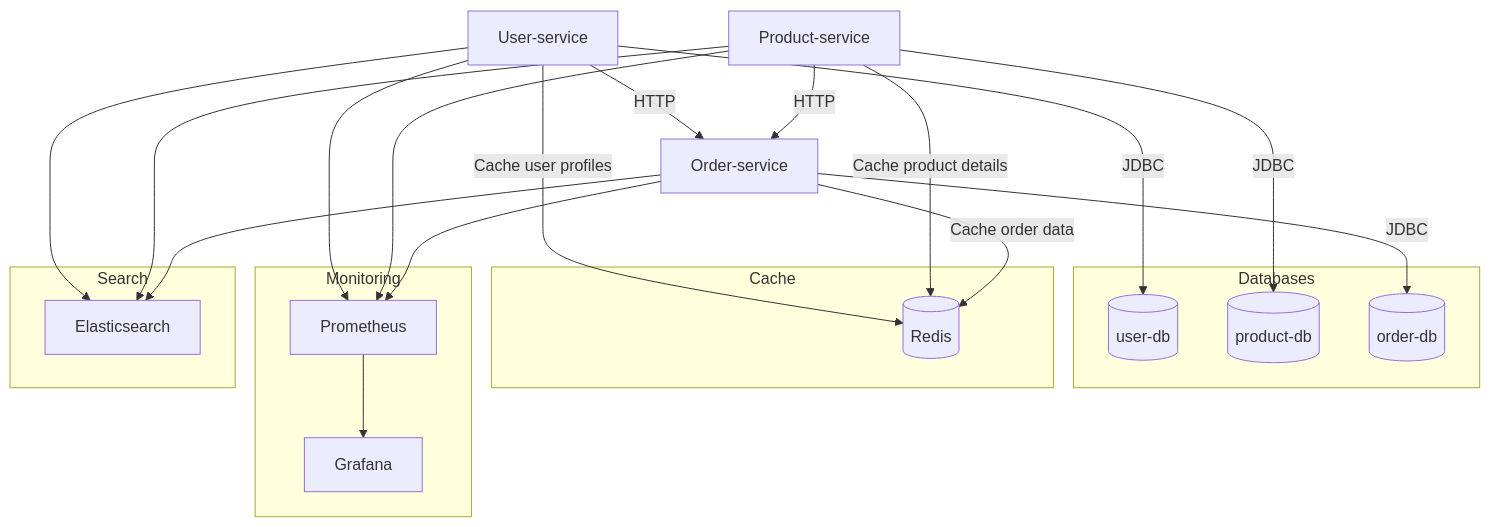
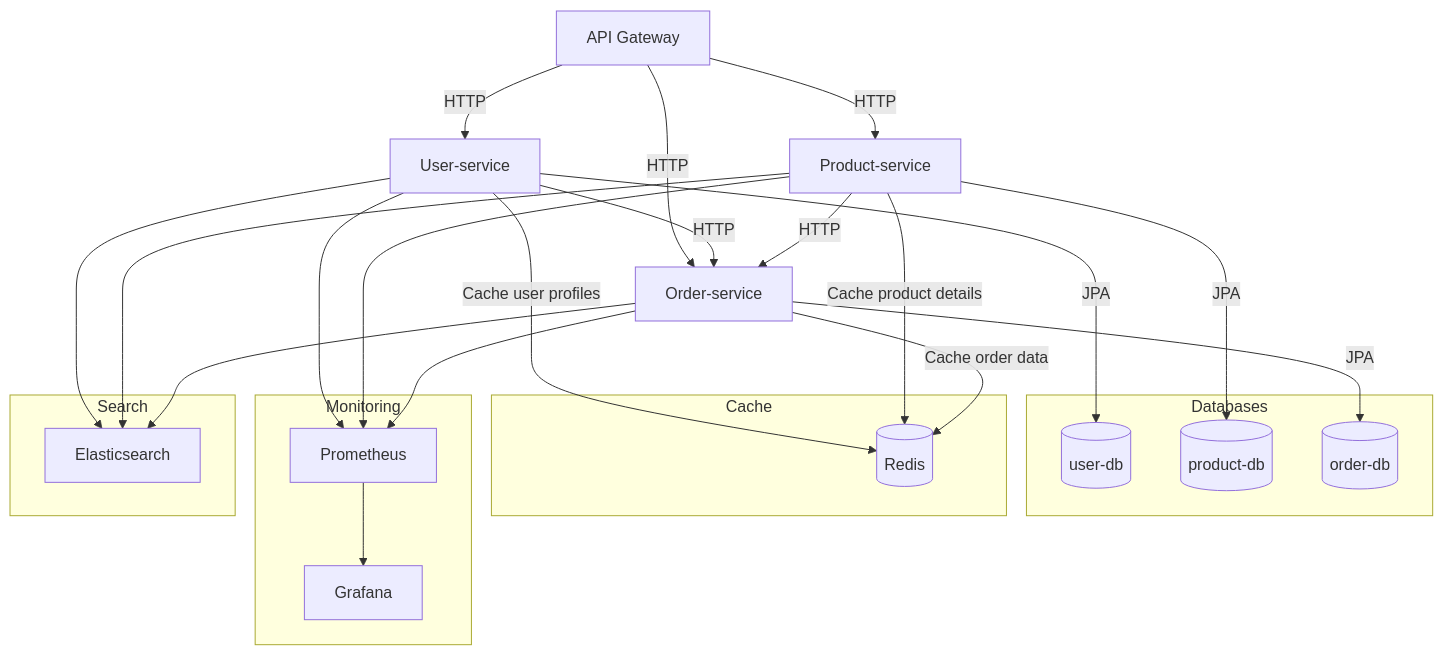
One commit to ult1mq/orderSimulationProject changed the diagram in README.md. Above: the diagram before and after it, drawn with Mermaid. The commit also changed other lines of this file, not shown here.

````diff
--- a/README.md
+++ b/README.md
@@ -17,44 +17,50 @@
 ```mermaid
 graph TD
+    %% API Gateway
+    G[API Gateway] -- HTTP --> A[User-service]
+    G -- HTTP --> B[Product-service]
+    G -- HTTP --> C[Order-service]
+
     %% Сервисы
     A[User-service] -- HTTP --> C[Order-service]
     B[Product-service] -- HTTP --> C[Order-service]
 
     %% Базы данных
     subgraph Databases
       D1[(user-db)]
       D2[(product-db)]
       D3[(order-db)]
     end
-    A -- JDBC --> D1
-    B -- JDBC --> D2
-    C -- JDBC --> D3
+    A -- JPA --> D1
+    B -- JPA --> D2
+    C -- JPA --> D3
 
     %% Кэширование
     subgraph Cache
       R[(Redis)]
     end
     A -- Cache user profiles --> R
     B -- Cache product details --> R
     C -- Cache order data --> R
 
     %% Мониторинг и визуализация
     subgraph Monitoring
       P[Prometheus]
-      G[Grafana]
+      Gf[Grafana]
     end
     A --> P
     B --> P
     C --> P
-    P --> G
+    P --> Gf
 
     %% Поиск и логирование
     subgraph Search
       E[Elasticsearch]
     end
     A --> E
     B --> E
     C --> E
 
 
+
 ```
````
